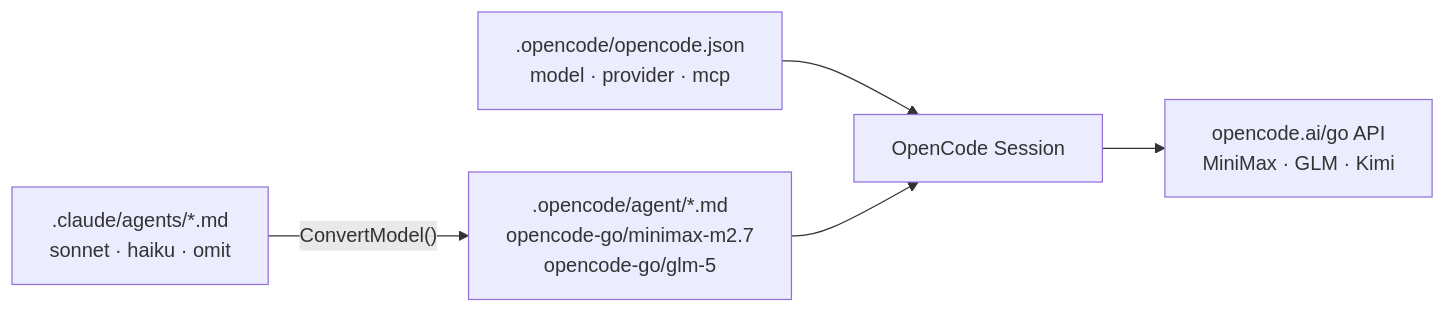
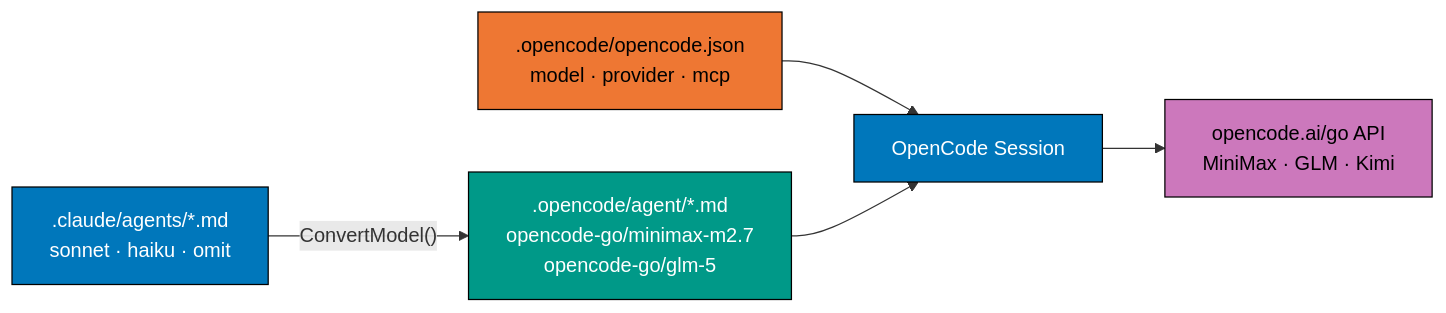
One commit to wahidyankf/ose-public changed the diagram in plans/in-progress/2026-04-30__adopt-opencode-go/README.md. Above: the diagram before and after it, drawn with Mermaid. The commit also changed other lines of this file and 4 other files, not shown here.

````diff
--- a/plans/in-progress/2026-04-30__adopt-opencode-go/README.md
+++ b/plans/in-progress/2026-04-30__adopt-opencode-go/README.md
@@ -21,7 +22,12 @@
 ```mermaid
 flowchart LR
     A[".claude/agents/*.md\nsonnet · haiku · omit"] -->|"ConvertModel()"| B[".opencode/agent/*.md\nopencode-go/minimax-m2.7\nopencode-go/glm-5"]
     C[".opencode/opencode.json\nmodel · provider · mcp"] --> D["OpenCode Session"]
     B --> D
     D --> E["opencode.ai/go API\nMiniMax · GLM · Kimi"]
+    style A fill:#0077BB,stroke:#000000,color:#FFFFFF
+    style B fill:#009988,stroke:#000000,color:#FFFFFF
+    style C fill:#EE7733,stroke:#000000,color:#000000
+    style D fill:#0077BB,stroke:#000000,color:#FFFFFF
+    style E fill:#CC78BC,stroke:#000000,color:#000000
 ```
````
